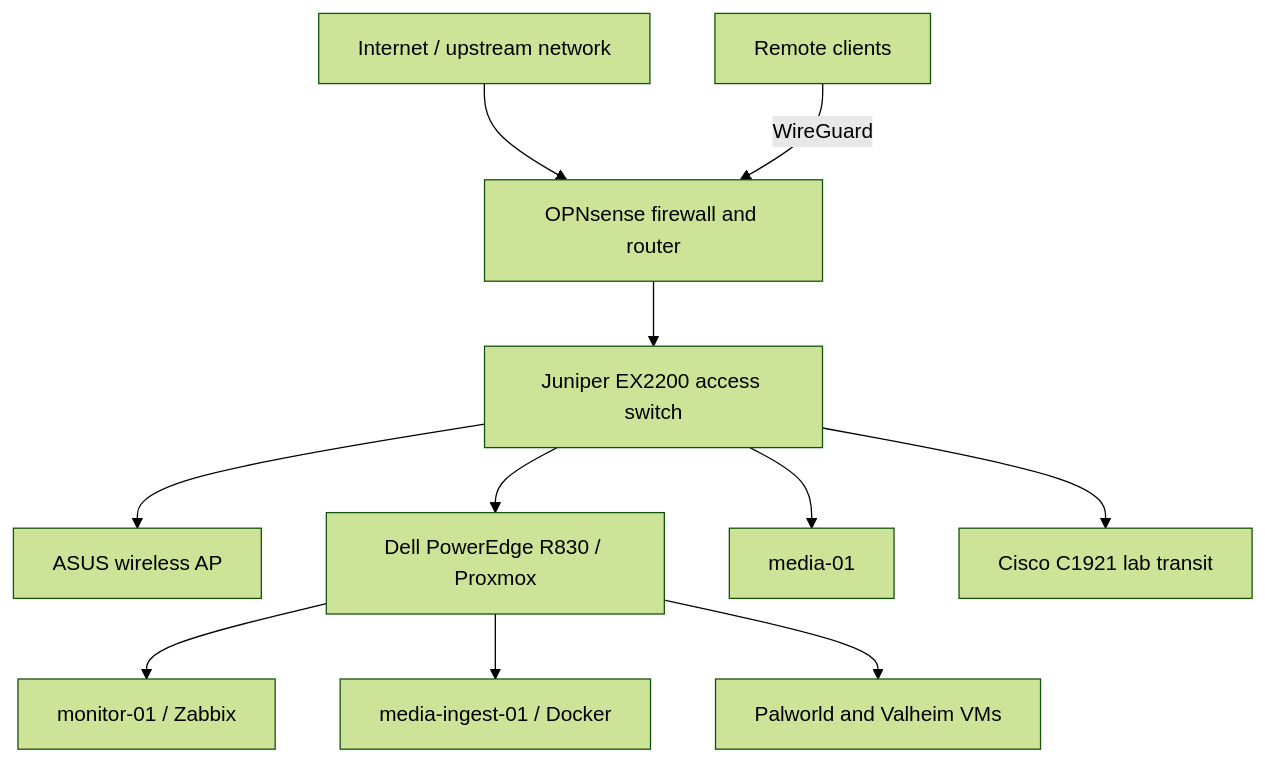
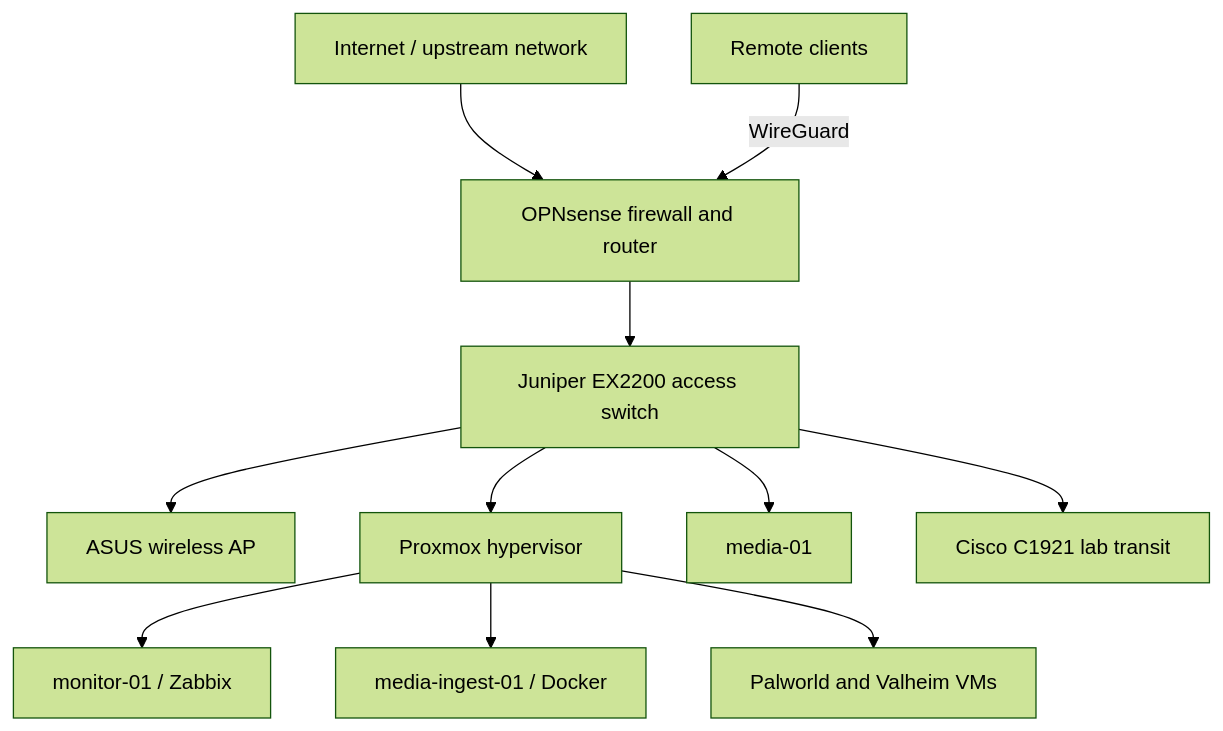
One commit to nicholasmbattista23/home-lab-infrastructure changed the diagram in README.md. Above: the diagram before and after it, drawn with Mermaid (forest theme). The commit also changed other lines of this file and 6 other files, not shown here.

````diff
--- a/README.md
+++ b/README.md
@@ -9,13 +9,13 @@
 ```mermaid
 flowchart TB
     Internet["Internet / upstream network"] --> FW["OPNsense firewall and router"]
     Remote["Remote clients"] -->|"WireGuard"| FW
     FW --> SW["Juniper EX2200 access switch"]
     SW --> AP["ASUS wireless AP"]
-    SW --> PVE["Dell PowerEdge R830 / Proxmox"]
+    SW --> PVE["Proxmox hypervisor"]
     SW --> MEDIA["media-01"]
     SW --> TRANSIT["Cisco C1921 lab transit"]
     PVE --> MON["monitor-01 / Zabbix"]
     PVE --> INGEST["media-ingest-01 / Docker"]
     PVE --> GAMES["Palworld and Valheim VMs"]
 ```
````
